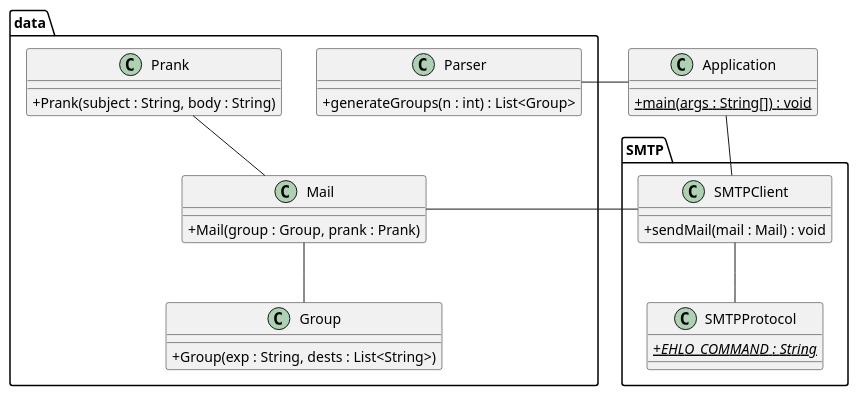
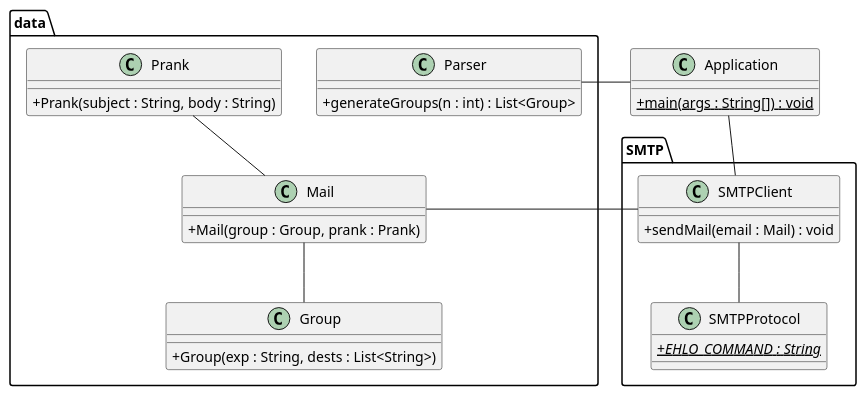
Before and after one commit to Daxidz/pr4nkM4st3rZ: the diagram in figures/classes.plantuml, drawn with PlantUML. The commit also changed 11 other files, not shown here.

```diff
--- a/figures/classes.plantuml
+++ b/figures/classes.plantuml
@@ -1,48 +1,48 @@
 @startuml
 
 skinparam classAttributeIconSize 0
 
 class Application {
     + {static} main(args : String[]) : void
 }
 
 package data {
 
     class Group {
         + Group(exp : String, dests : List<String>)
     }
 
     class Mail {
         + Mail(group : Group, prank : Prank)
     }
 
     class Parser {
         + generateGroups(n : int) : List<Group>
     }
 
     class Prank {
         + Prank(subject : String, body : String)
     }
 
     Mail -- Group
     Prank -- Mail
 }
 
 package SMTP {
 
     class SMTPClient {
-        + sendMail(mail : Mail) : void
+        + sendMail(email : Mail) : void
     }
 
     class SMTPProtocol {
         + <i>{static} EHLO_COMMAND : String</i>
     }
 
     SMTPClient -- SMTPProtocol
     Mail - SMTPClient
 }
 
 Application - SMTPClient
 Application - Parser
 
 @end
```
